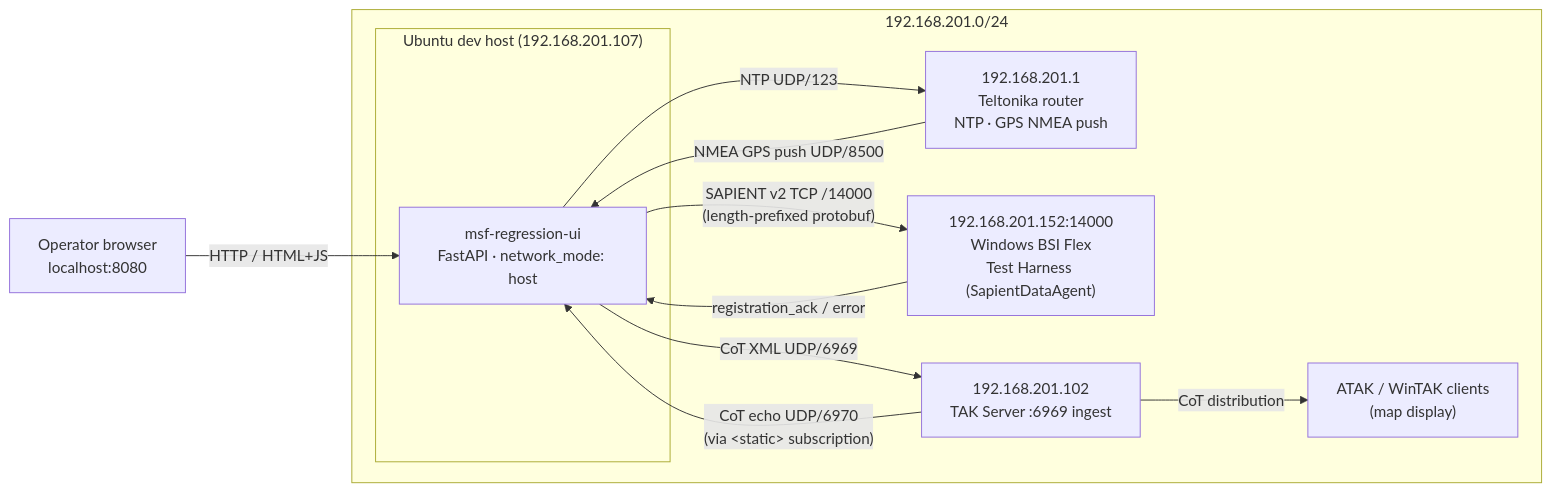
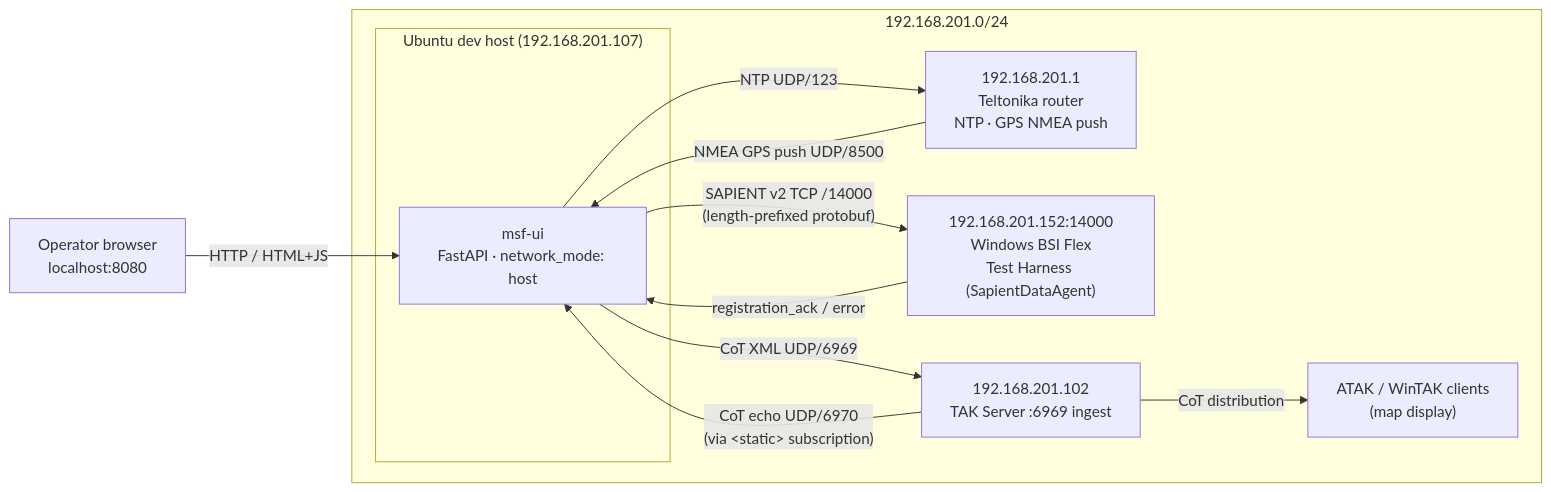
One commit to vinayakkankanwadi/multi-sensor-fusion changed the first of 12 diagrams in Architecture.md. Above: the diagram before and after it, drawn with Mermaid. The commit also changed other lines of this file and 50 other files, not shown here.

````diff
--- a/Architecture.md
+++ b/Architecture.md
@@ -39,25 +39,25 @@
 ```mermaid
 flowchart LR
     subgraph LAN["192.168.201.0/24"]
         subgraph host["Ubuntu dev host (192.168.201.107)"]
-            UI["msf-regression-ui<br/>FastAPI · network_mode: host"]
+            UI["msf-ui<br/>FastAPI · network_mode: host"]
         end
         Router["192.168.201.1<br/>Teltonika router<br/>NTP · GPS NMEA push"]
         Win["192.168.201.152:14000<br/>Windows BSI Flex<br/>Test Harness (SapientDataAgent)"]
         TAK["192.168.201.102<br/>TAK Server :6969 ingest"]
         ATAK["ATAK / WinTAK clients<br/>(map display)"]
     end
     Browser["Operator browser<br/>localhost:8080"]
 
     Browser -- "HTTP / HTML+JS" --> UI
 
     UI -- "NTP UDP/123" --> Router
     Router -- "NMEA GPS push UDP/8500" --> UI
 
     UI -- "SAPIENT v2 TCP /14000<br/>(length-prefixed protobuf)" --> Win
     Win -- "registration_ack / error" --> UI
 
     UI -- "CoT XML UDP/6969" --> TAK
     TAK -- "CoT echo UDP/6970<br/>(via &lt;static&gt; subscription)" --> UI
     TAK -- "CoT distribution" --> ATAK
 ```
````
